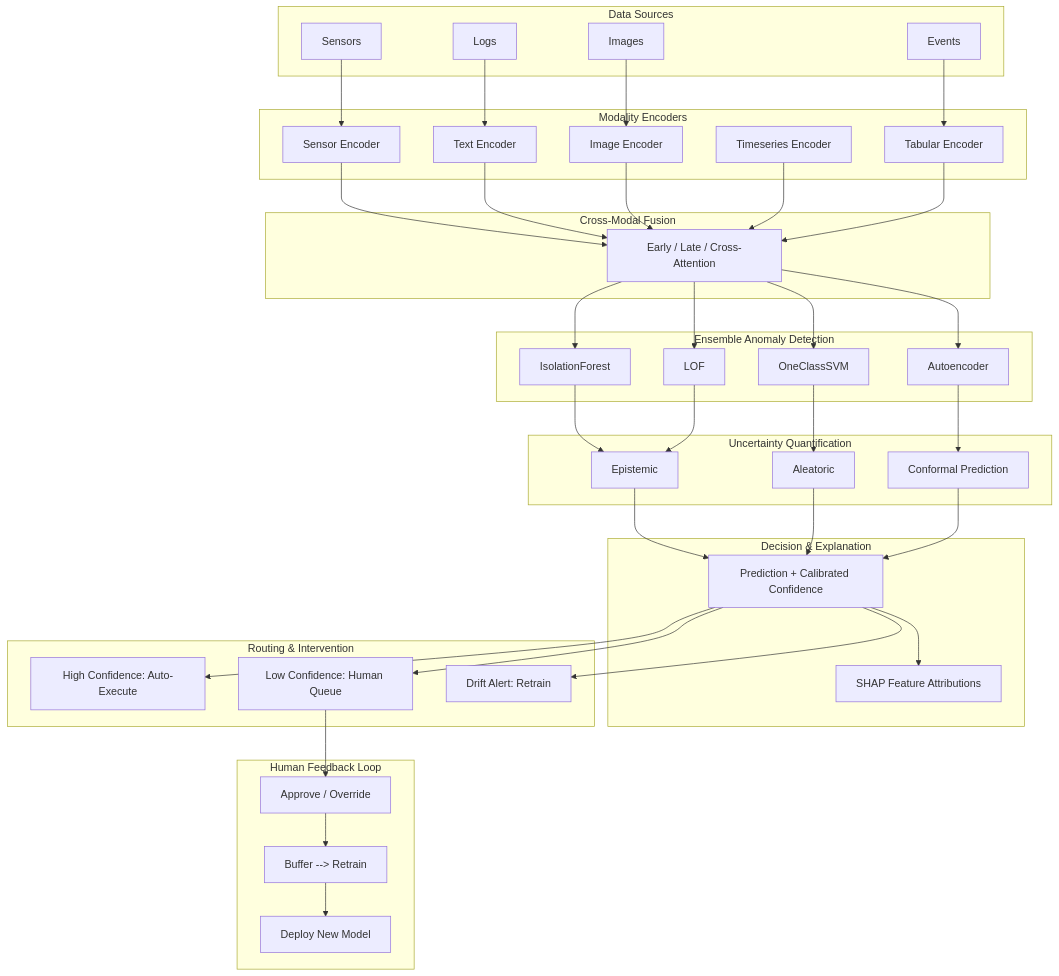
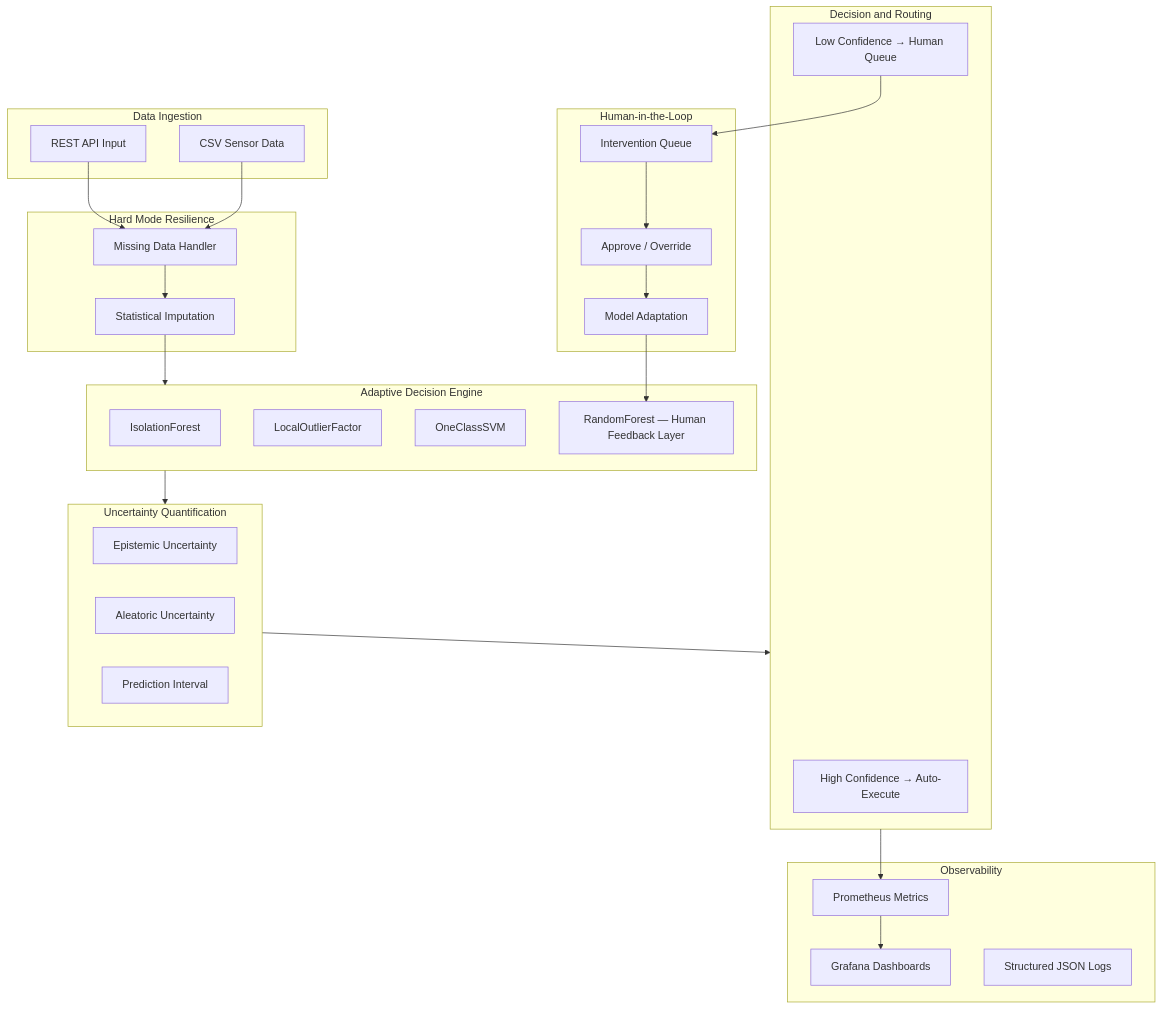
The diagram in README.md (dasouvik122005/Vigil_AI), drawn with Mermaid before and after one commit. The commit also changed other lines of this file and 12 other files, not shown here.

Commit message:
feat: complete MVP - ensemble ML, HiTL, observability, Docker stack, updated README

````diff
--- a/README.md
+++ b/README.md
@@ -31,85 +56,49 @@
 ```mermaid
 flowchart TD
-    subgraph Modalities[Data Sources]
-        S[Sensors]
-        L[Logs]
-        I[Images]
-        E[Events]
+    subgraph Ingestion["Data Ingestion"]
+        CSV[CSV Sensor Data]
+        API_IN[REST API Input]
     end
 
-    subgraph Encoders[Modality Encoders]
-        SE[Sensor Encoder]
-        TE[Text Encoder]
-        IE[Image Encoder]
-        TSE[Timeseries Encoder]
-        TabE[Tabular Encoder]
+    subgraph HardMode["Hard Mode Resilience"]
+        MIS[Missing Data Handler]
+        IMP[Statistical Imputation]
     end
 
-    S --> SE
-    L --> TE
-    I --> IE
-    E --> TabE
-
-    subgraph Fusion[Cross-Modal Fusion]
-        F[Early / Late / Cross-Attention]
+    subgraph MLCore["Adaptive Decision Engine"]
+        IF[IsolationForest]
+        LOF[LocalOutlierFactor]
+        OCSVM[OneClassSVM]
+        RF["RandomForest — Human Feedback Layer"]
     end
 
-    SE --> F
-    TE --> F
-    IE --> F
-    TSE --> F
-    TabE --> F
-
-    subgraph AnomalyDetection[Ensemble Anomaly Detection]
-        IF[IsolationForest]
-        LOF[LOF]
-        OCSVM[OneClassSVM]
-        AE[Autoencoder]
+    subgraph UQ["Uncertainty Quantification"]
+        EP[Epistemic Uncertainty]
+        AL[Aleatoric Uncertainty]
+        CI[Prediction Interval]
     end
 
-    F --> IF
-    F --> LOF
-    F --> OCSVM
-    F --> AE
-
-    subgraph Uncertainty[Uncertainty Quantification]
-        Ep[Epistemic]
-        Al[Aleatoric]
-        CP[Conformal Prediction]
-    end
-    
-    IF --> Ep
-    LOF --> Ep
-    OCSVM --> Al
-    AE --> CP
-
-    subgraph Decision[Decision & Explanation]
-        Pred[Prediction + Calibrated Confidence]
-        XAI[SHAP Feature Attributions]
+    subgraph Decision["Decision and Routing"]
+        HIGH["High Confidence → Auto-Execute"]
+        LOW["Low Confidence → Human Queue"]
     end
 
-    Ep --> Pred
-    Al --> Pred
-    CP --> Pred
-    Pred --> XAI
-
-    subgraph Actions[Routing & Intervention]
-        HighConf[High Confidence: Auto-Execute]
-        LowConf[Low Confidence: Human Queue]
-        Drift[Drift Alert: Retrain]
+    subgraph HiTL["Human-in-the-Loop"]
+        QUEUE[Intervention Queue]
+        RESOLVE["Approve / Override"]
+        ADAPT[Model Adaptation]
     end
 
-    Pred --> HighConf
-    Pred --> LowConf
-    Pred --> Drift
-
-    subgraph Feedback[Human Feedback Loop]
-        Approve[Approve / Override]
-        Retrain[Buffer --> Retrain]
-        Deploy[Deploy New Model]
+    subgraph Obs["Observability"]
+        PROM[Prometheus Metrics]
+        GRAF[Grafana Dashboards]
+        LOG[Structured JSON Logs]
     end
 
-    LowConf --> Approve
-    Approve --> Retrain
-    Retrain --> Deploy
+    CSV --> MIS
+    API_IN --> MIS
+    MIS --> IMP --> MLCore
+    MLCore --> UQ --> Decision
+    LOW --> QUEUE --> RESOLVE --> ADAPT --> RF
+    Decision --> PROM --> GRAF
 ```
````
